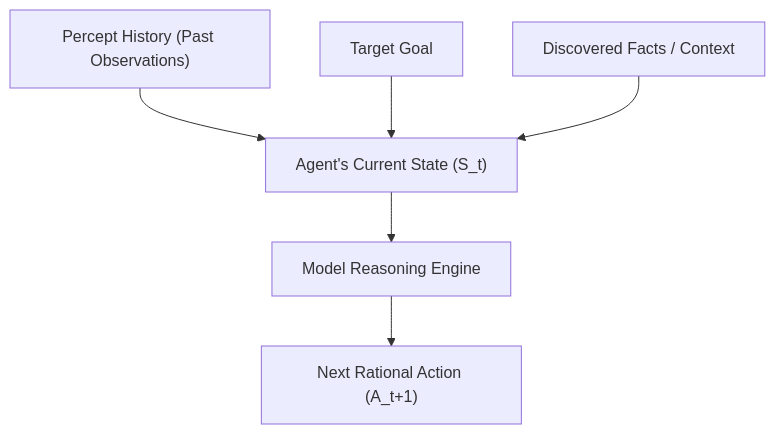
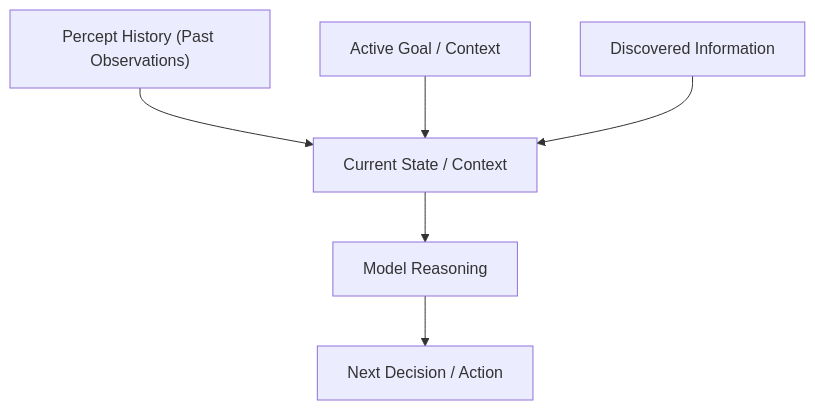
One commit to sivaskm/agentic-ai-engineering changed the fourth of 7 diagrams in module-01-agentic-ai-foundations/content/02-anatomy-of-an-agent-and-state.md. Above: the diagram before and after it, drawn with Mermaid. The commit also changed other lines of this file, not shown here.

````diff
--- a/module-01-agentic-ai-foundations/content/02-anatomy-of-an-agent-and-state.md
+++ b/module-01-agentic-ai-foundations/content/02-anatomy-of-an-agent-and-state.md
@@ -144,10 +150,10 @@
 ```mermaid
 flowchart TD
     Hist["Percept History (Past Observations)"]
-    Goal["Target Goal"]
-    Facts["Discovered Facts / Context"]
+    Goal["Active Goal / Context"]
+    Facts["Discovered Information"]
 
-    Hist & Goal & Facts --> State["Agent's Current State (S_t)"]
-    State --> Model["Model Reasoning Engine"]
-    Model --> Next["Next Rational Action (A_t+1)"]
+    Hist & Goal & Facts --> State["Current State / Context"]
+    State --> Model["Model Reasoning"]
+    Model --> Next["Next Decision / Action"]
 ```
````
